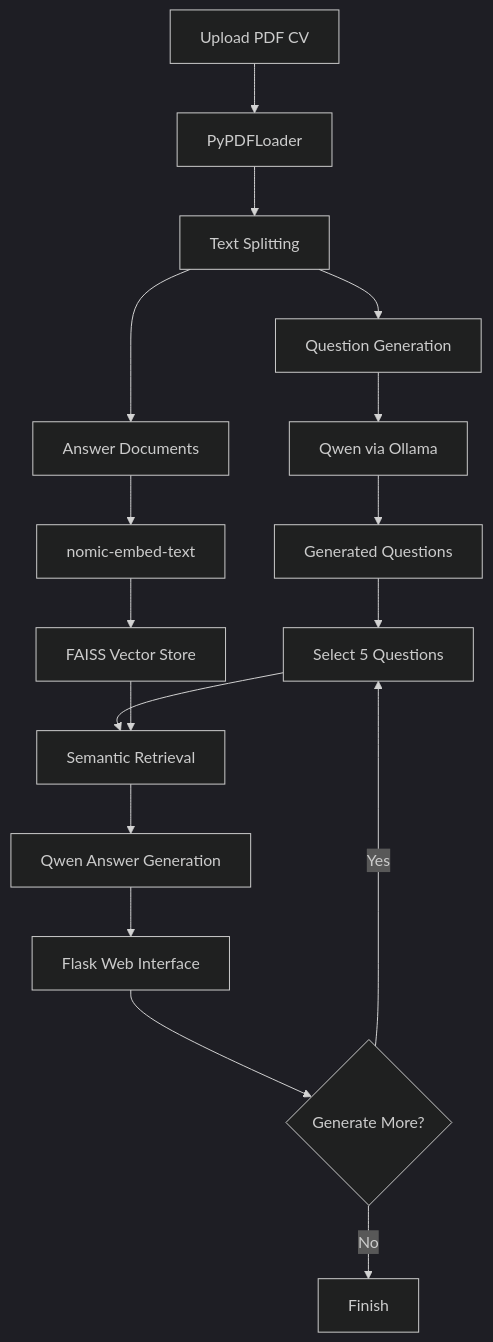
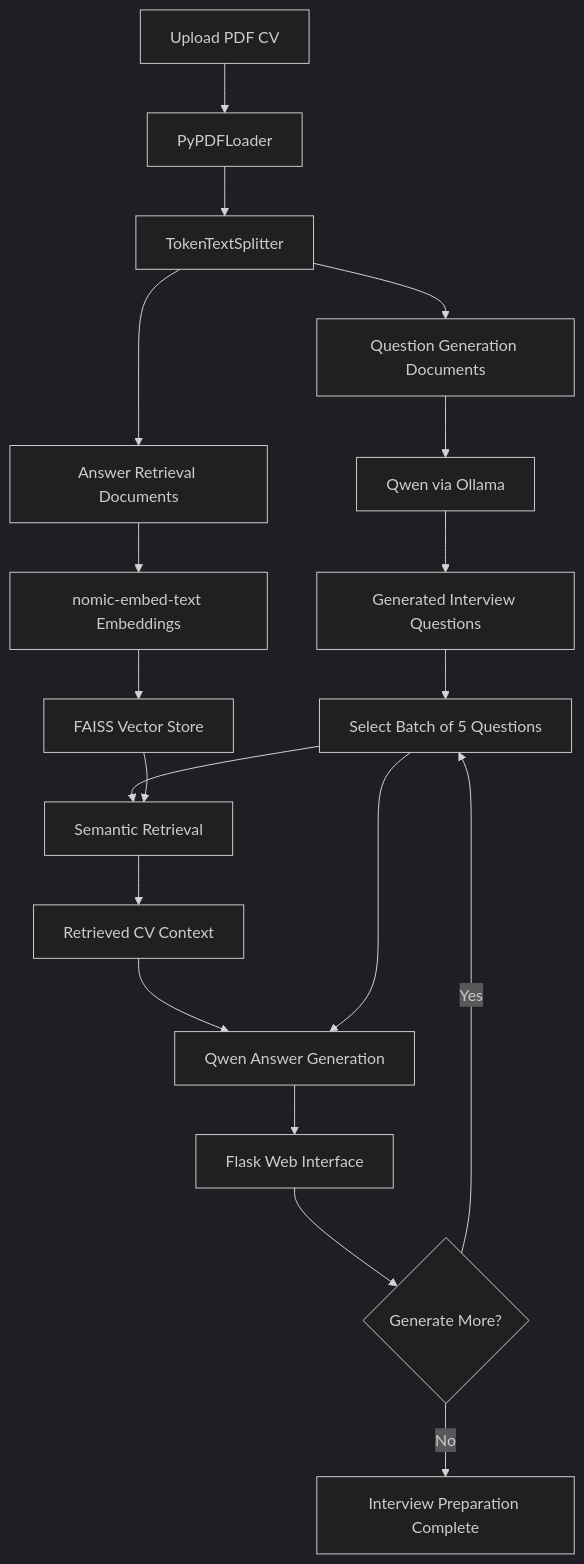
The diagram in README.md (Maen-Qawasmeh/AI-Interview-Questions-Creator), drawn with Mermaid (dark theme) before and after one commit. The commit also changed other lines of this file, not shown here.

Commit message:
docs: improve README with architecture and setup instructions

````diff
--- a/README.md
+++ b/README.md
@@ -84,25 +87,28 @@
 ```mermaid
 flowchart TD
     A[Upload PDF CV] --> B[PyPDFLoader]
-    B --> C[Text Splitting]
+    B --> C[TokenTextSplitter]
 
-    C --> D[Question Generation]
-    C --> E[Answer Documents]
+    C --> D[Question Generation Documents]
+    C --> E[Answer Retrieval Documents]
 
     D --> F[Qwen via Ollama]
-    F --> G[Generated Questions]
+    F --> G[Generated Interview Questions]
 
-    E --> H[nomic-embed-text]
+    E --> H[nomic-embed-text Embeddings]
     H --> I[FAISS Vector Store]
 
-    G --> J[Select 5 Questions]
+    G --> J[Select Batch of 5 Questions]
     J --> K[Semantic Retrieval]
     I --> K
 
-    K --> L[Qwen Answer Generation]
-    L --> M[Flask Web Interface]
+    K --> L[Retrieved CV Context]
+    L --> M[Qwen Answer Generation]
+    J --> M
 
-    M --> N{Generate More?}
-    N -->|Yes| J
-    N -->|No| O[Finish]
+    M --> N[Flask Web Interface]
+    N --> O{Generate More?}
+
+    O -->|Yes| J
+    O -->|No| P[Interview Preparation Complete]
 ```
````
